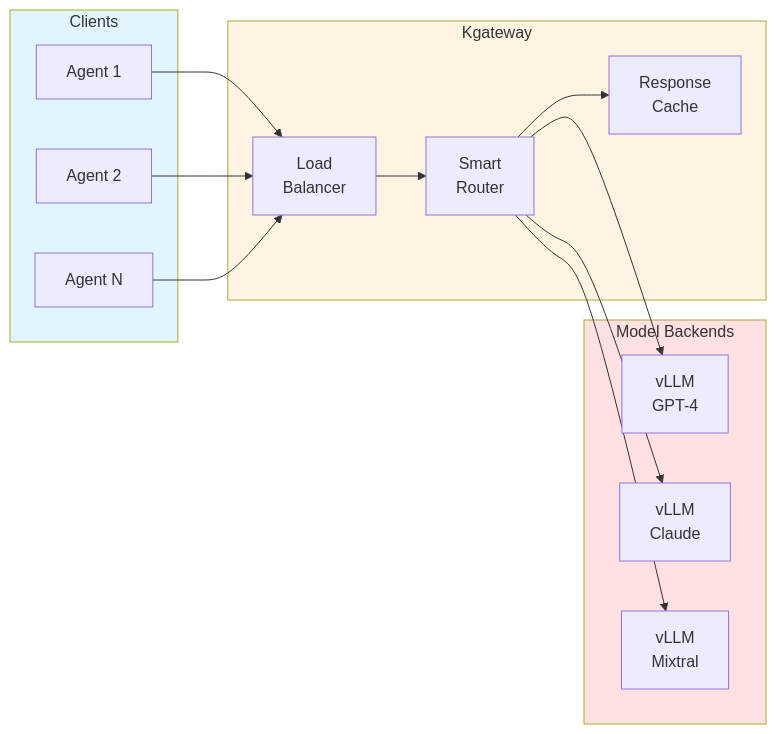
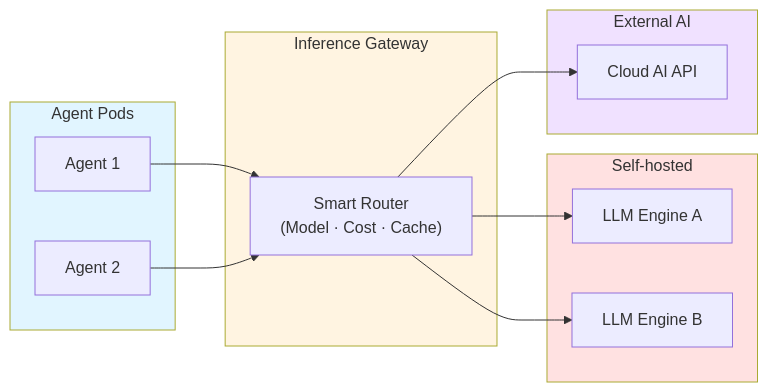
Before and after one commit to devfloor9/engineering-playbook: the third of 5 diagrams in i18n/en/docusaurus-plugin-content-docs/current/agentic-ai-platform/design-architecture/agentic-platform-architecture.md, drawn with Mermaid. The commit also changed other lines of this file and 23 other files, not shown here.

````diff
--- a/i18n/en/docusaurus-plugin-content-docs/current/agentic-ai-platform/design-architecture/agentic-platform-architecture.md
+++ b/i18n/en/docusaurus-plugin-content-docs/current/agentic-ai-platform/design-architecture/agentic-platform-architecture.md
@@ -381,33 +171,30 @@
 ```mermaid
 flowchart LR
-    subgraph Clients["Clients"]
-        C1["Agent 1"]
-        C2["Agent 2"]
-        C3["Agent N"]
+    subgraph Clients["Agent Pods"]
+        A1["Agent 1"]
+        A2["Agent 2"]
     end
 
-    subgraph Gateway["Kgateway"]
-        LB["Load<br/>Balancer"]
-        ROUTER["Smart<br/>Router"]
-        CACHE["Response<br/>Cache"]
+    subgraph Gateway["Inference Gateway"]
+        ROUTER["Smart Router<br/>(Model · Cost · Cache)"]
     end
 
-    subgraph Models["Model Backends"]
-        M1["vLLM<br/>GPT-4"]
-        M2["vLLM<br/>Claude"]
-        M3["vLLM<br/>Mixtral"]
+    subgraph SelfHosted["Self-hosted"]
+        M1["LLM Engine A"]
+        M2["LLM Engine B"]
     end
 
-    C1 --> LB
-    C2 --> LB
-    C3 --> LB
-    LB --> ROUTER
-    ROUTER --> CACHE
+    subgraph External["External AI"]
+        EXT1["Cloud AI API"]
+    end
+
+    A1 & A2 --> ROUTER
     ROUTER --> M1
     ROUTER --> M2
-    ROUTER --> M3
+    ROUTER --> EXT1
 
     style Clients fill:#e1f5ff
     style Gateway fill:#fff4e1
-    style Models fill:#ffe1e1
+    style SelfHosted fill:#ffe1e1
+    style External fill:#f0e1ff
 ```
````
